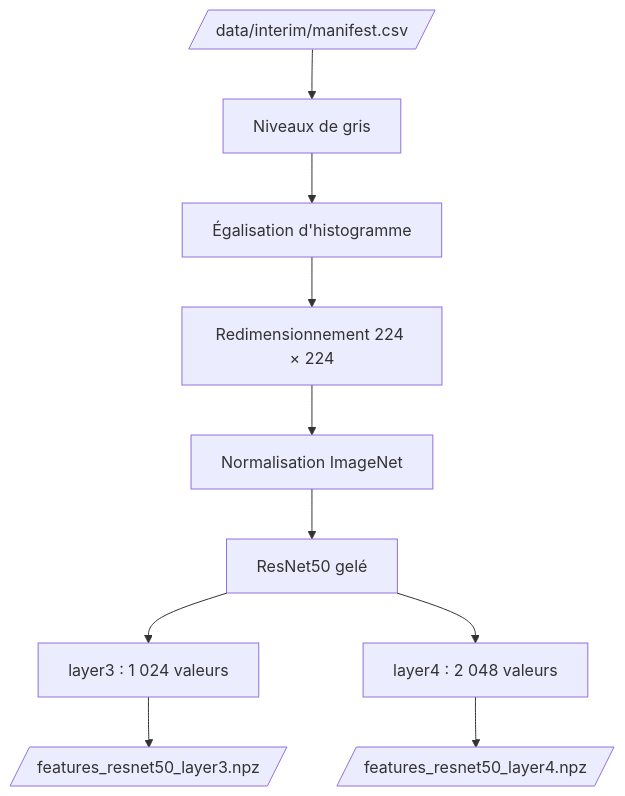
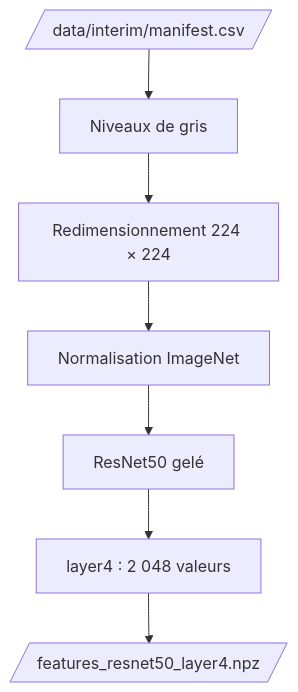
Before and after one commit to lefevrk/OC-Appliquez-des-approches-semi-supervisees: the diagram in docs/docs/pipeline/features.md, drawn with Mermaid. The commit also changed other lines of this file and 18 other files, not shown here.

````diff
--- a/docs/docs/pipeline/features.md
+++ b/docs/docs/pipeline/features.md
@@ -9,12 +9,9 @@
 ```mermaid
 flowchart TB
     MAN[/data/interim/manifest.csv/] --> GRAY[Niveaux de gris]
-    GRAY --> EQ[Égalisation d'histogramme]
-    EQ --> RES[Redimensionnement 224 × 224]
+    GRAY --> RES[Redimensionnement 224 × 224]
     RES --> NORM[Normalisation ImageNet]
     NORM --> NET[ResNet50 gelé]
-    NET --> L3[layer3 : 1 024 valeurs]
     NET --> L4[layer4 : 2 048 valeurs]
-    L3 --> NPZ3[/features_resnet50_layer3.npz/]
     L4 --> NPZ4[/features_resnet50_layer4.npz/]
 ```
````
